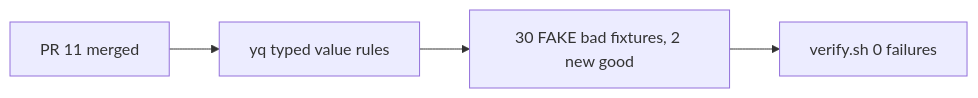
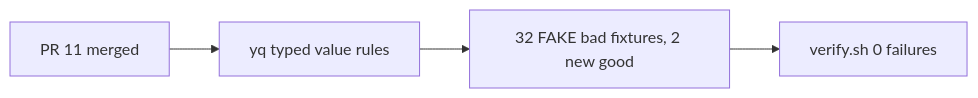
One commit to svennijhuis/agentic-workflows changed the second of 2 diagrams in docs/pbi/smoke/SM01a.md. Above: the diagram before and after it, drawn with Mermaid. The commit also changed other lines of this file, not shown here.

````diff
--- a/docs/pbi/smoke/SM01a.md
+++ b/docs/pbi/smoke/SM01a.md
@@ -113,6 +114,6 @@
 ```mermaid
 flowchart LR
   A[PR 11 merged] --> B[yq typed value rules]
-  B --> C[30 FAKE bad fixtures, 2 new good]
+  B --> C[32 FAKE bad fixtures, 2 new good]
   C --> D[verify.sh 0 failures]
 ```
````
